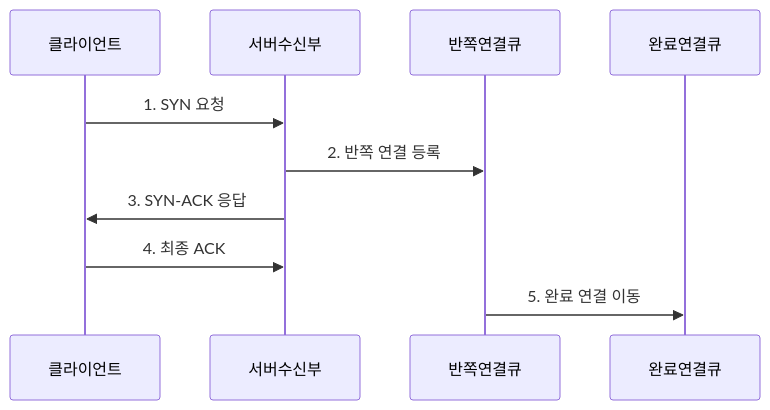
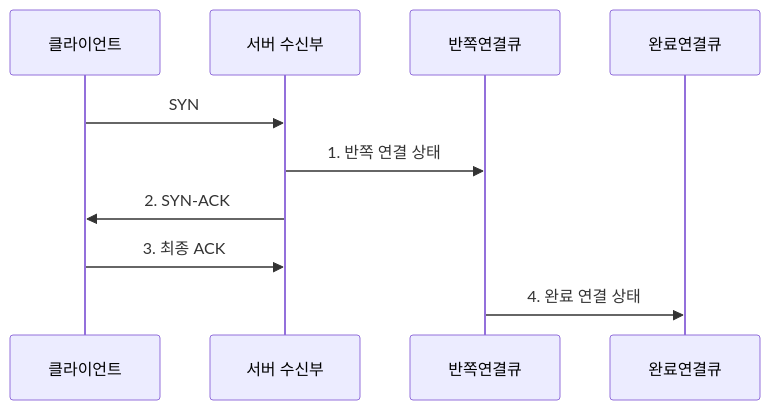
Before and after one commit to agnusdei1207/knowledge-base: the second of 2 diagrams in src/content/docs/notes/04-network/022_tcp_3_way_handshake.md, drawn with Mermaid. The commit also changed other lines of this file and 20 other files, not shown here.

````diff
--- a/src/content/docs/notes/04-network/022_tcp_3_way_handshake.md
+++ b/src/content/docs/notes/04-network/022_tcp_3_way_handshake.md
@@ -86,12 +87,12 @@
 ```mermaid
 sequenceDiagram
     participant 클라이언트
-    participant 서버수신부
+    participant 서버수신부 as 서버 수신부
     participant 반쪽연결큐
     participant 완료연결큐
-    클라이언트->>서버수신부: 1. SYN 요청
-    서버수신부->>반쪽연결큐: 2. 반쪽 연결 등록
-    서버수신부->>클라이언트: 3. SYN-ACK 응답
-    클라이언트->>서버수신부: 4. 최종 ACK
-    반쪽연결큐->>완료연결큐: 5. 완료 연결 이동
+    클라이언트->>서버수신부: SYN
+    서버수신부->>반쪽연결큐: 1. 반쪽 연결 상태
+    서버수신부->>클라이언트: 2. SYN-ACK
+    클라이언트->>서버수신부: 3. 최종 ACK
+    반쪽연결큐->>완료연결큐: 4. 완료 연결 상태
 ```
````
